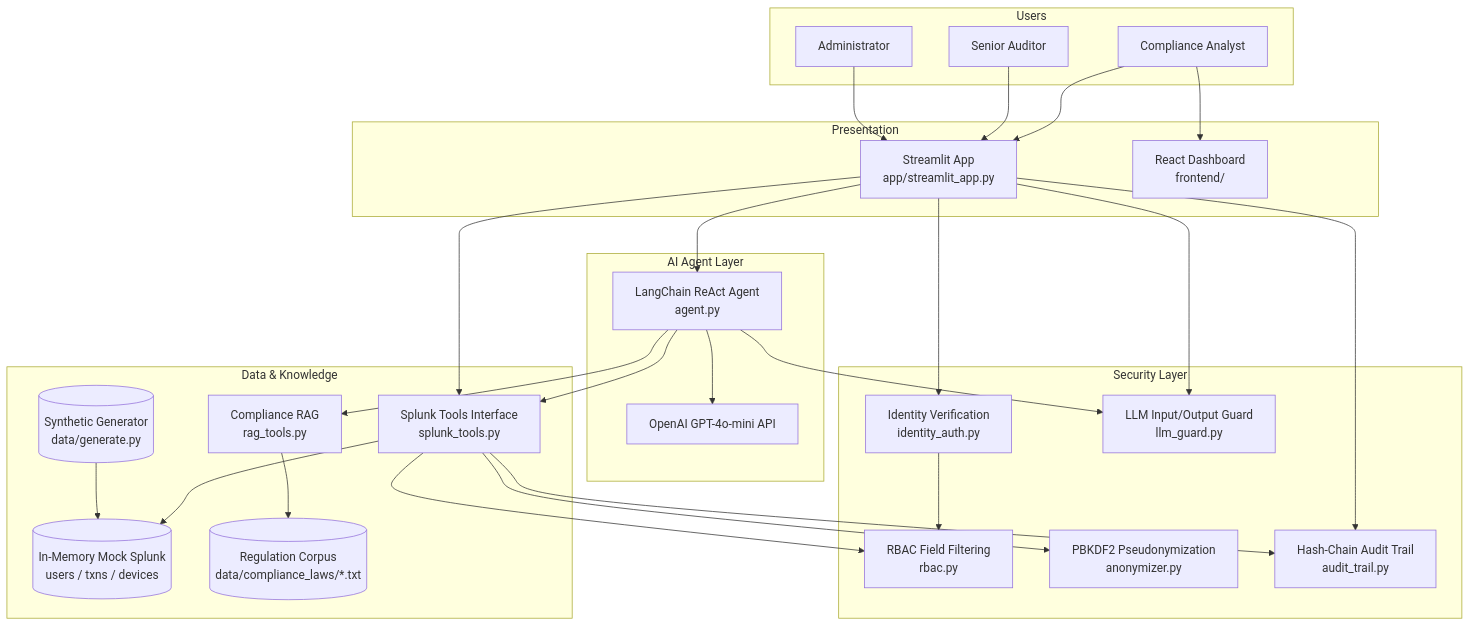
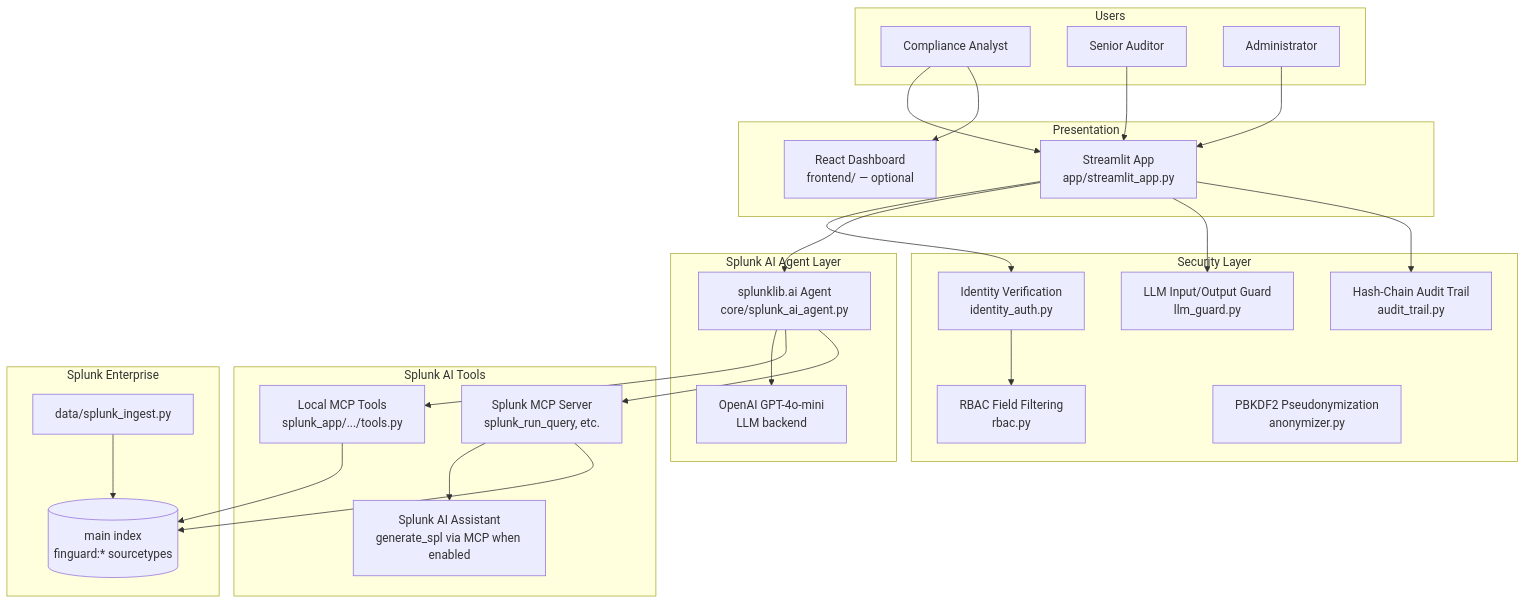
The first of 3 diagrams in ARCHITECTURE.md (shuibuxing00/FinGuard-Copilot), drawn with Mermaid before and after one commit. The commit also changed other lines of this file and 9 other files, not shown here.

Commit message:
Complete hackathon submission: local generate_spl, architecture_diagram.png, SUBMISSION guide

````diff
--- a/ARCHITECTURE.md
+++ b/ARCHITECTURE.md
@@ -12,58 +11,55 @@
 ```mermaid
 flowchart TB
     subgraph Users
         Analyst[Compliance Analyst]
         Auditor[Senior Auditor]
         Admin[Administrator]
     end
 
     subgraph Presentation
         ST[Streamlit App<br/>app/streamlit_app.py]
-        FE[React Dashboard<br/>frontend/]
+        FE[React Dashboard<br/>frontend/ — optional]
     end
 
     subgraph Security["Security Layer"]
         Auth[Identity Verification<br/>identity_auth.py]
         RBAC[RBAC Field Filtering<br/>rbac.py]
         Anon[PBKDF2 Pseudonymization<br/>anonymizer.py]
         Guard[LLM Input/Output Guard<br/>llm_guard.py]
         Audit[Hash-Chain Audit Trail<br/>audit_trail.py]
     end
 
-    subgraph Agent["AI Agent Layer"]
-        LC[LangChain ReAct Agent<br/>agent.py]
-        OAI[OpenAI GPT-4o-mini API]
+    subgraph Agent["Splunk AI Agent Layer"]
+        SAI[splunklib.ai Agent<br/>core/splunk_ai_agent.py]
+        OAI[OpenAI GPT-4o-mini<br/>LLM backend]
     end
 
-    subgraph Data["Data & Knowledge"]
-        Splunk[Splunk Tools Interface<br/>splunk_tools.py]
-        Mock[(In-Memory Mock Splunk<br/>users / txns / devices)]
-        RAG[Compliance RAG<br/>rag_tools.py]
-        Laws[(Regulation Corpus<br/>data/compliance_laws/*.txt)]
-        Synth[(Synthetic Generator<br/>data/generate.py)]
+    subgraph SplunkAI["Splunk AI Tools"]
+        LocalTools[Local MCP Tools<br/>splunk_app/.../tools.py]
+        MCPServer[Splunk MCP Server<br/>splunk_run_query, etc.]
+        AIAsst[Splunk AI Assistant<br/>generate_spl via MCP when enabled]
+    end
+
+    subgraph Splunk["Splunk Enterprise"]
+        Index[(main index<br/>finguard:* sourcetypes)]
+        Ingest[data/splunk_ingest.py]
     end
 
     Analyst --> ST
     Auditor --> ST
     Admin --> ST
     Analyst --> FE
 
     ST --> Auth
     Auth --> RBAC
-    ST --> Splunk
-    ST --> LC
-    LC --> OAI
-    LC --> Splunk
-    LC --> RAG
-    RAG --> Laws
-
-    Splunk --> Anon
-    Splunk --> RBAC
-    Splunk --> Audit
-    Splunk --> Mock
-    Synth --> Mock
-
-    LC --> Guard
+    ST --> SAI
+    SAI --> OAI
+    SAI --> LocalTools
+    SAI --> MCPServer
+    MCPServer --> AIAsst
+    LocalTools --> Index
+    MCPServer --> Index
+    Ingest --> Index
     ST --> Guard
     ST --> Audit
 ```
````
